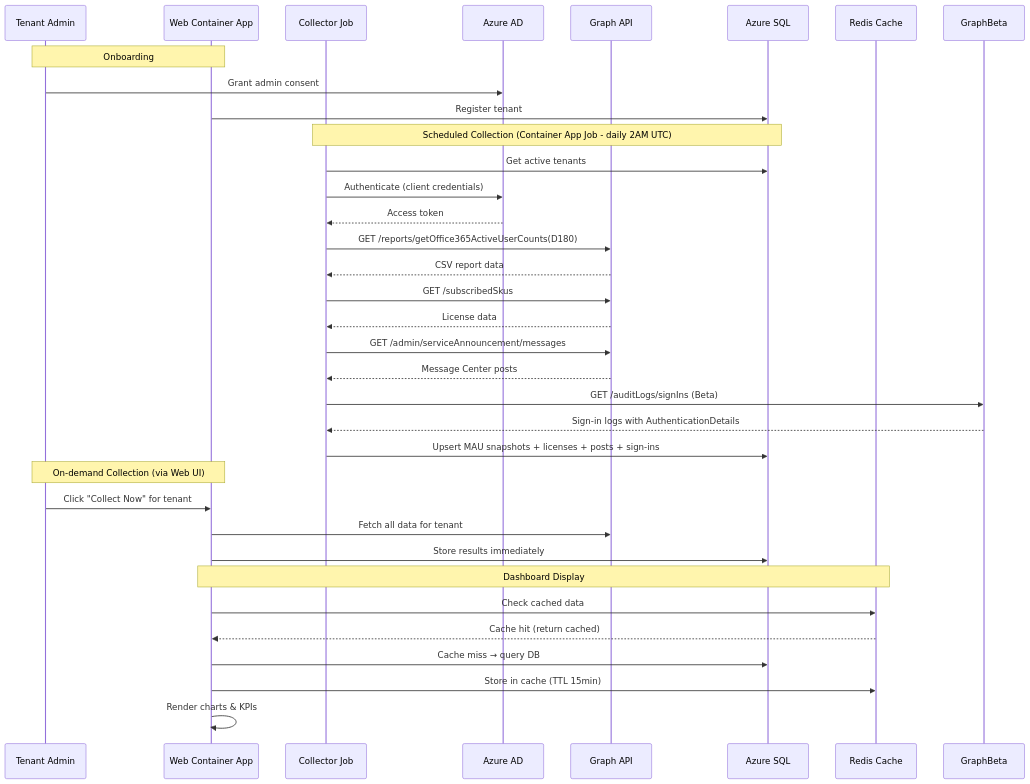
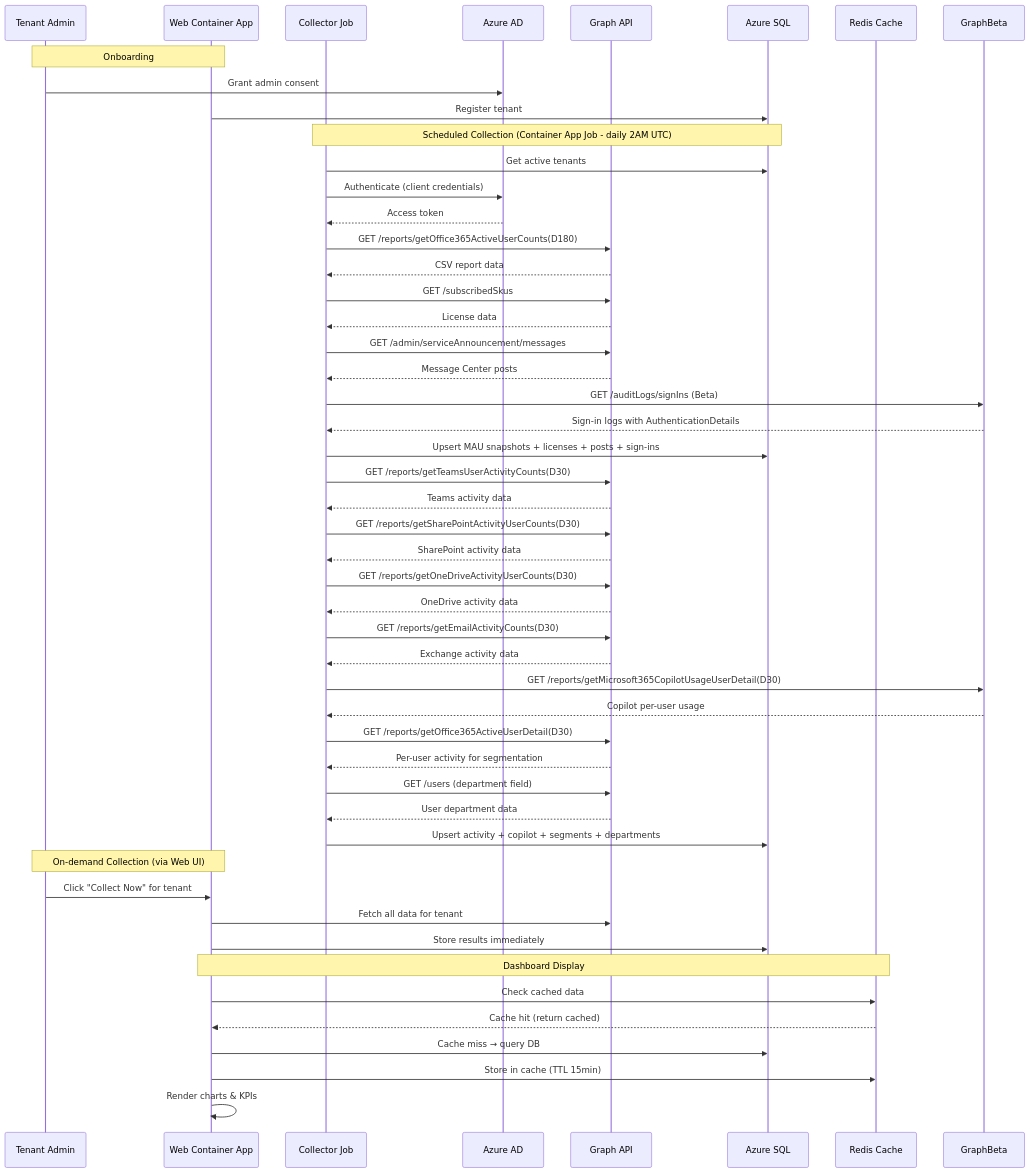
Before and after one commit to tdsnxnielsen-mikkelbach/MWDashboard: the second of 3 diagrams in docs/architecture.md, drawn with Mermaid. The commit also changed other lines of this file and 21 other files, not shown here.

First line of the commit message:
Add new pages for Activity, Copilot, Departments, and Segmentation features

````diff
--- a/docs/architecture.md
+++ b/docs/architecture.md
@@ -46,40 +49,55 @@
 ```mermaid
 sequenceDiagram
     participant Admin as Tenant Admin
     participant Web as Web Container App
     participant Job as Collector Job
     participant AAD as Azure AD
     participant Graph as Graph API
     participant DB as Azure SQL
     participant Cache as Redis Cache
 
     Note over Admin, Web: Onboarding
     Admin->>AAD: Grant admin consent
     Web->>DB: Register tenant
 
     Note over Job, DB: Scheduled Collection (Container App Job - daily 2AM UTC)
     Job->>DB: Get active tenants
     Job->>AAD: Authenticate (client credentials)
     AAD-->>Job: Access token
     Job->>Graph: GET /reports/getOffice365ActiveUserCounts(D180)
     Graph-->>Job: CSV report data
     Job->>Graph: GET /subscribedSkus
     Graph-->>Job: License data
     Job->>Graph: GET /admin/serviceAnnouncement/messages
     Graph-->>Job: Message Center posts
     Job->>GraphBeta: GET /auditLogs/signIns (Beta)
     GraphBeta-->>Job: Sign-in logs with AuthenticationDetails
     Job->>DB: Upsert MAU snapshots + licenses + posts + sign-ins
+    Job->>Graph: GET /reports/getTeamsUserActivityCounts(D30)
+    Graph-->>Job: Teams activity data
+    Job->>Graph: GET /reports/getSharePointActivityUserCounts(D30)
+    Graph-->>Job: SharePoint activity data
+    Job->>Graph: GET /reports/getOneDriveActivityUserCounts(D30)
+    Graph-->>Job: OneDrive activity data
+    Job->>Graph: GET /reports/getEmailActivityCounts(D30)
+    Graph-->>Job: Exchange activity data
+    Job->>GraphBeta: GET /reports/getMicrosoft365CopilotUsageUserDetail(D30)
+    GraphBeta-->>Job: Copilot per-user usage
+    Job->>Graph: GET /reports/getOffice365ActiveUserDetail(D30)
+    Graph-->>Job: Per-user activity for segmentation
+    Job->>Graph: GET /users (department field)
+    Graph-->>Job: User department data
+    Job->>DB: Upsert activity + copilot + segments + departments
 
     Note over Admin, Web: On-demand Collection (via Web UI)
     Admin->>Web: Click "Collect Now" for tenant
     Web->>Graph: Fetch all data for tenant
     Web->>DB: Store results immediately
 
     Note over Web, Cache: Dashboard Display
     Web->>Cache: Check cached data
     Cache-->>Web: Cache hit (return cached)
     Web->>DB: Cache miss → query DB
     Web->>Cache: Store in cache (TTL 15min)
     Web->>Web: Render charts & KPIs
 ```
````
